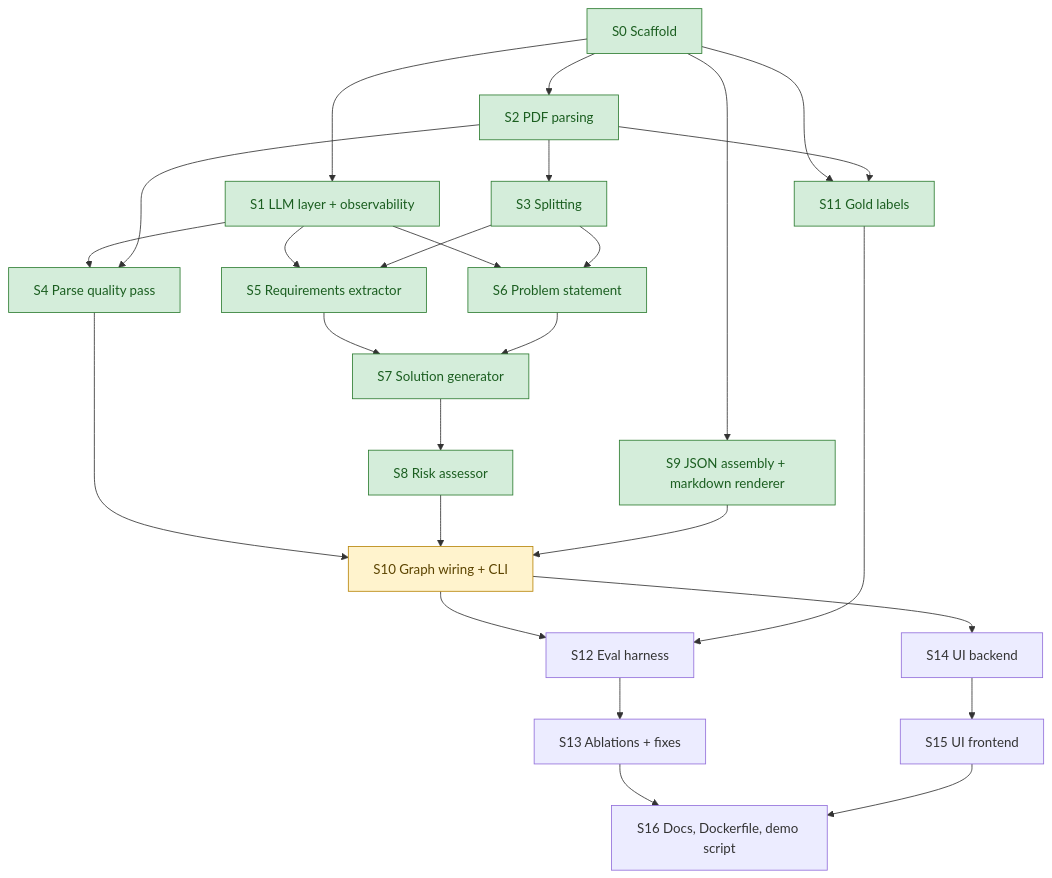
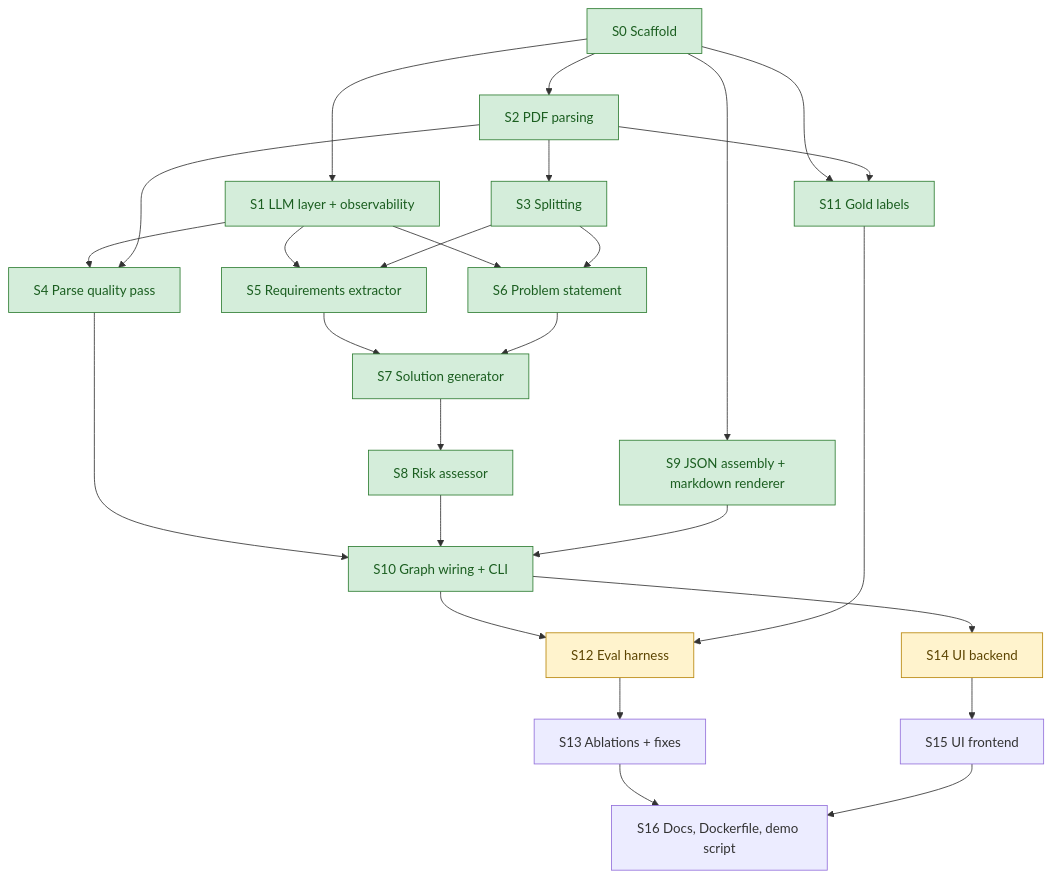
Before and after one commit to lofeodo/rfp-solution-summary-generator: the second of 2 diagrams in docs/ROADMAP.md, drawn with Mermaid. The commit also changed other lines of this file and 4 other files, not shown here.

Commit message:
S10: roadmap done with four-RFP results, D34, assumptions, time log, README run section

````diff
--- a/docs/ROADMAP.md
+++ b/docs/ROADMAP.md
@@ -82,33 +82,33 @@
 ```mermaid
 flowchart TD
     S0[S0 Scaffold] --> S1[S1 LLM layer + observability]
     S0 --> S2[S2 PDF parsing]
     S0 --> S9[S9 JSON assembly + markdown renderer]
     S0 --> S11[S11 Gold labels]
     S2 --> S3[S3 Splitting]
     S1 --> S4[S4 Parse quality pass]
     S2 --> S4
     S1 --> S5[S5 Requirements extractor]
     S3 --> S5
     S1 --> S6[S6 Problem statement]
     S3 --> S6
     S5 --> S7[S7 Solution generator]
     S6 --> S7
     S7 --> S8[S8 Risk assessor]
     S4 --> S10[S10 Graph wiring + CLI]
     S8 --> S10
     S9 --> S10
     S2 --> S11
     S10 --> S12[S12 Eval harness]
     S11 --> S12
     S12 --> S13[S13 Ablations + fixes]
     S10 --> S14[S14 UI backend]
     S14 --> S15[S15 UI frontend]
     S13 --> S16[S16 Docs, Dockerfile, demo script]
     S15 --> S16
 
     classDef done fill:#d4edda,stroke:#2e7d32,color:#1b5e20
     classDef ready fill:#fff3cd,stroke:#b8860b,color:#5c4400
-    class S0,S1,S2,S3,S4,S5,S6,S7,S8,S9,S11 done
-    class S10 ready
+    class S0,S1,S2,S3,S4,S5,S6,S7,S8,S9,S10,S11 done
+    class S12,S14 ready
 ```
````
